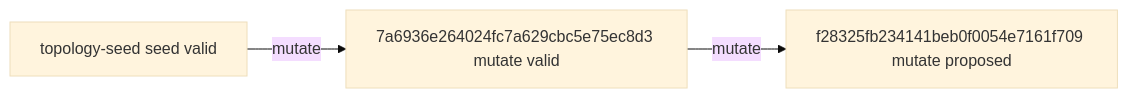
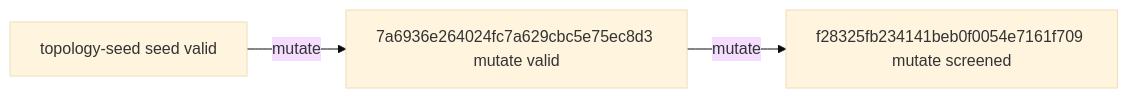
The diagram in experiments/campaigns/layout-numerical-v2/README.md (timbtz/feyer-search-lab), drawn with Mermaid (base theme) before and after one commit. The commit also changed other lines of this file and 7 other files, not shown here.

````diff
--- a/experiments/campaigns/layout-numerical-v2/README.md
+++ b/experiments/campaigns/layout-numerical-v2/README.md
@@ -21,8 +21,8 @@
 ```mermaid
 graph LR
   n0["topology-seed seed valid"]
   n1["7a6936e264024fc7a629cbc5e75ec8d3 mutate valid"]
-  n2["f28325fb234141beb0f0054e7161f709 mutate proposed"]
+  n2["f28325fb234141beb0f0054e7161f709 mutate screened"]
   n0 -->|mutate| n1
   n1 -->|mutate| n2
 ```
````
